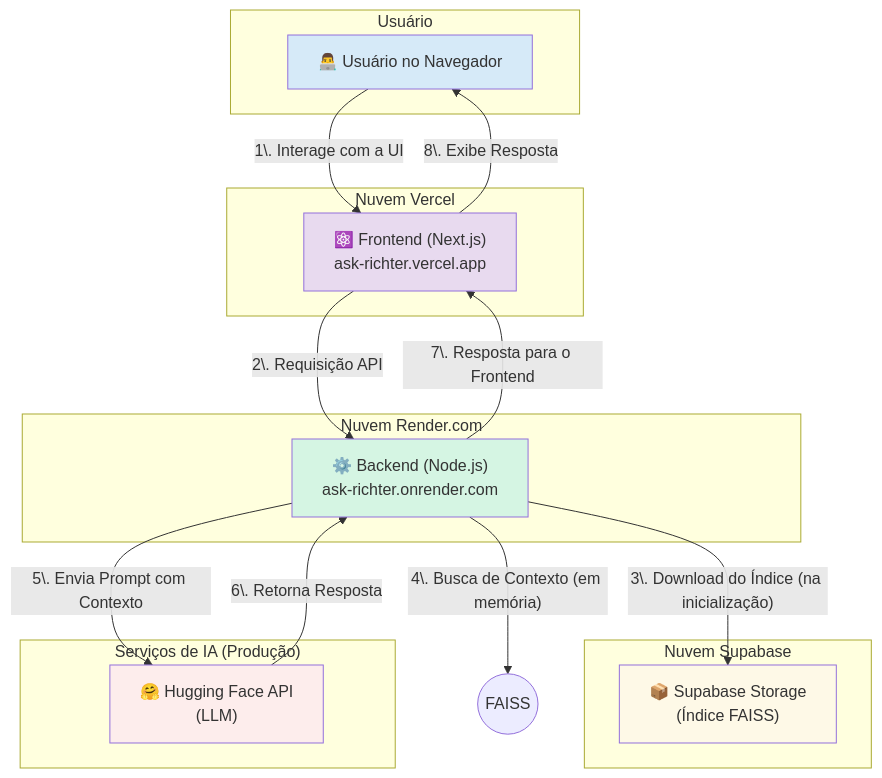
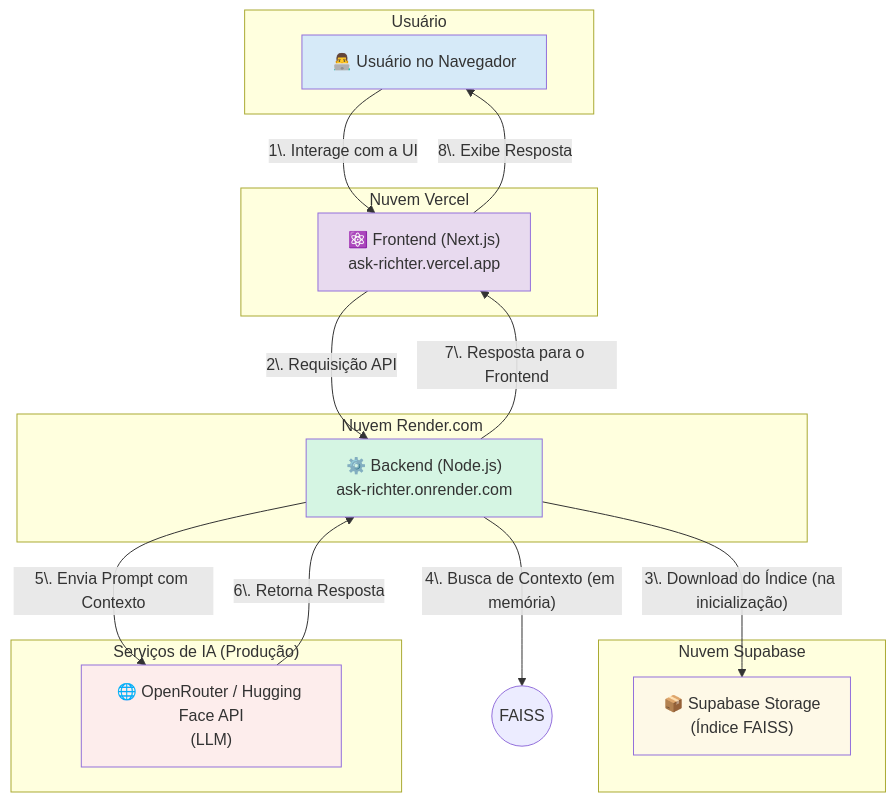
Before and after one commit to lfrichter/ask-richter: the first of 2 diagrams in README.md, drawn with Mermaid. The commit also changed other lines of this file, not shown here.

Commit message:
docs: update README.md with Next.js 15, React 19, OpenRouter, and optional index generation details

````diff
--- a/README.md
+++ b/README.md
@@ -31,37 +31,37 @@
 ```mermaid
 graph TD
     subgraph "Usuário"
         User[👨‍💻 Usuário no Navegador]
     end
 
     subgraph "Nuvem Vercel"
         Frontend["⚛️ Frontend (Next.js)<br>ask-richter.vercel.app"]
     end
 
     subgraph "Nuvem Render.com"
         Backend["⚙️ Backend (Node.js)<br>ask-richter.onrender.com"]
     end
 
     subgraph "Nuvem Supabase"
         SupabaseDB["📦 Supabase Storage<br>(Índice FAISS)"]
     end
 
     subgraph "Serviços de IA (Produção)"
-        HF_API["🤗 Hugging Face API<br>(LLM)"]
+        HF_API["🌐 OpenRouter / Hugging Face API<br>(LLM)"]
     end
 
     User -- "1\. Interage com a UI" --> Frontend
     Frontend -- "2\. Requisição API" --> Backend
     Backend -- "3\. Download do Índice (na inicialização)" --> SupabaseDB
     Backend -- "4\. Busca de Contexto (em memória)" --> faiss((FAISS))
     Backend -- "5\. Envia Prompt com Contexto" --> HF_API
     HF_API -- "6\. Retorna Resposta" --> Backend
     Backend -- "7\. Resposta para o Frontend" --> Frontend
     Frontend -- "8\. Exibe Resposta" --> User
 
     style User fill:#D6EAF8
     style Frontend fill:#E8DAEF
     style Backend fill:#D5F5E3
     style SupabaseDB fill:#FEF9E7
     style HF_API fill:#FDEDEC
 ```
````
